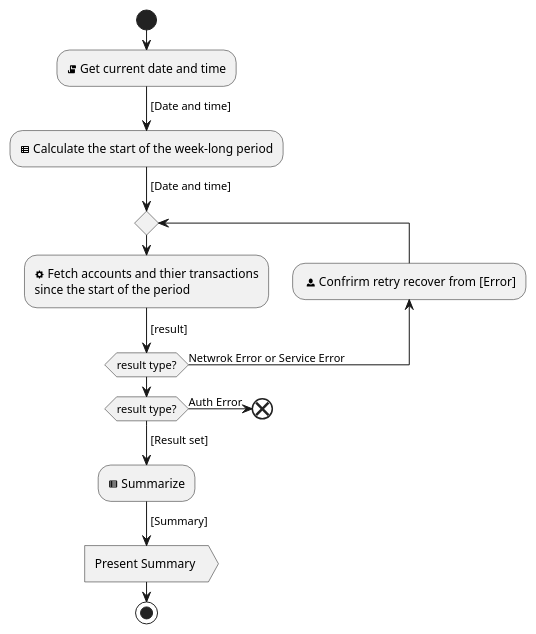
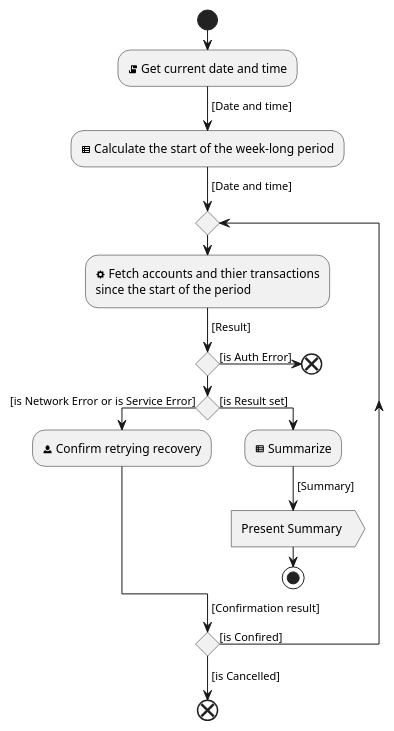
The diagram in diagrams/Present Accounts and RoundUps Summary.puml (hristo-stefanov/MiniBankingDemo), drawn with PlantUML before and after one commit.

Commit message:
Refine error handling

```diff
--- a/diagrams/Present Accounts and RoundUps Summary.puml
+++ b/diagrams/Present Accounts and RoundUps Summary.puml
@@ -1,25 +1,32 @@
 @startuml
 'https://plantuml.com/activity-diagram-beta
 
 |app|
 start
 :<&script> Get current date and time;
 -> [Date and time];
 :<&spreadsheet> Calculate the start of the week-long period;
 -> [Date and time];
 repeat
  :<&cog> Fetch accounts and thier transactions
 since the start of the period;
--> [result];
-backward: <&person> Confrirm retry recover from [Error];
-repeat while (result type?) is (Netwrok Error or Service Error)
-if (result type?) then (Auth Error)
+-> [Result];
+
+if () then ([is Auth Error])
+    end
+endif
+
+if () then ([is Network Error or is Service Error])
+    :<&person> Confirm retrying recovery;
+else ([is Result set])
+    :<&spreadsheet> Summarize;
+    -> [Summary];
+    :Present Summary >
+    stop
+endif
+
+-> [Confirmation result];
+repeat while () is ([is Confired])
+-> [is Cancelled];
 end
-endif
--> [Result set];
-:<&spreadsheet> Summarize;
--> [Summary];
-:Present Summary >
-stop
-
 @enduml
```
